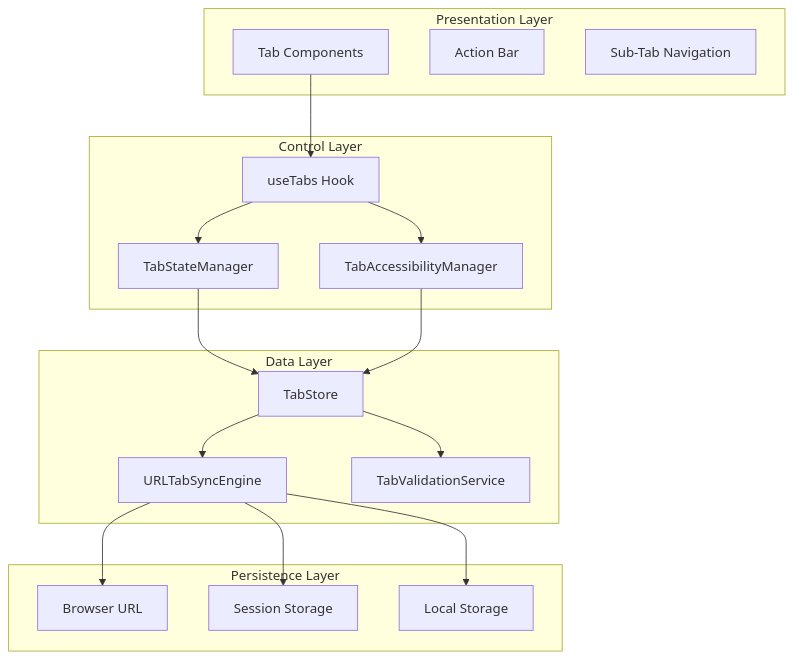
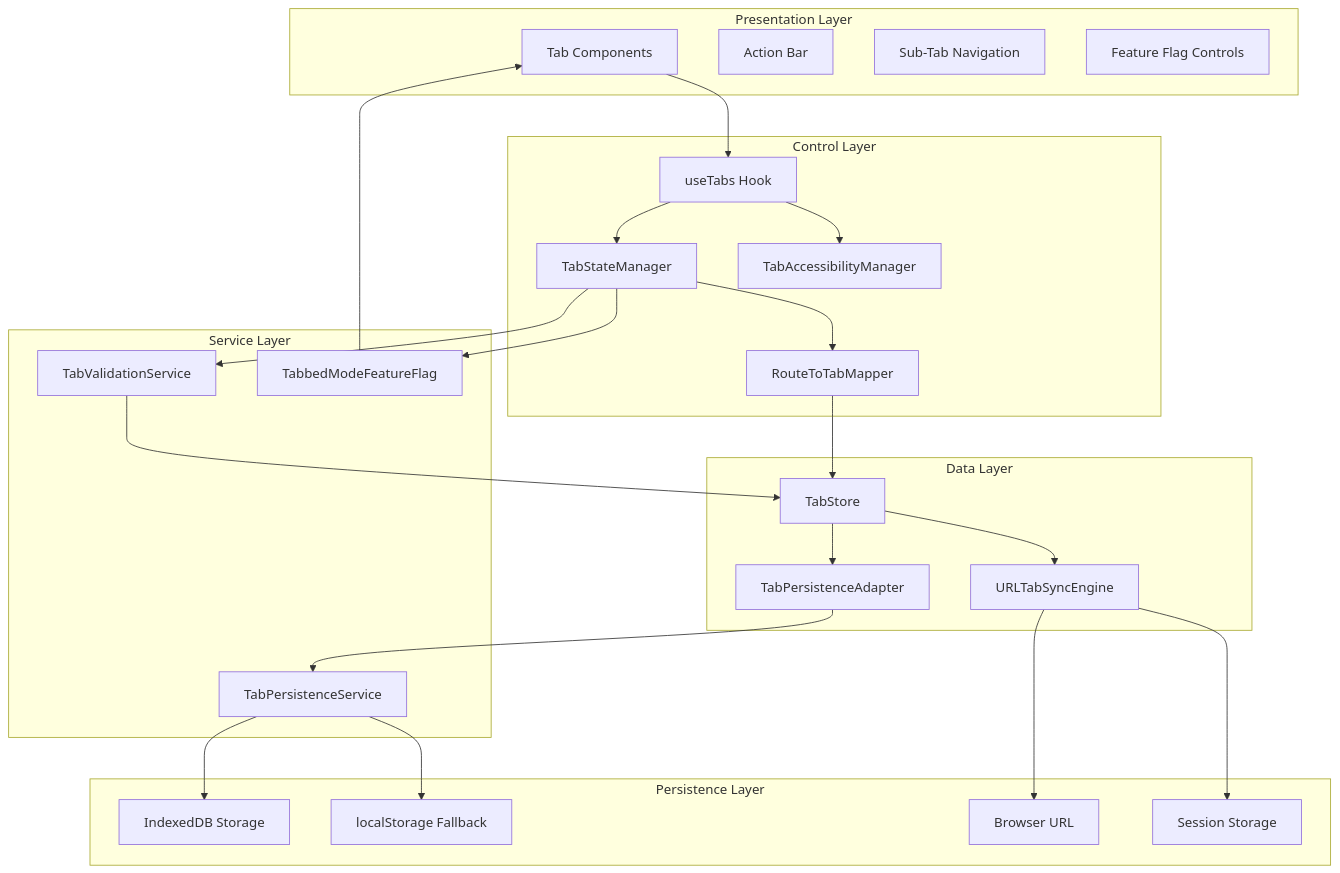
One commit to geniusdynamics/schoolpilot changed the first of 12 diagrams in .qoder/repowiki/en/content/UI Component Library/Tabs System Documentation.md. Above: the diagram before and after it, drawn with Mermaid. The commit also changed other lines of this file and 12 other files, not shown here.

````diff
--- a/.qoder/repowiki/en/content/UI Component Library/Tabs System Documentation.md
+++ b/.qoder/repowiki/en/content/UI Component Library/Tabs System Documentation.md
@@ -37,33 +59,47 @@
 ```mermaid
 graph TB
 subgraph "Presentation Layer"
 UI[Tab Components]
 ActionBar[Action Bar]
 SubTabNav[Sub-Tab Navigation]
+FeatureFlag[Feature Flag Controls]
 end
 subgraph "Control Layer"
 Hook[useTabs Hook]
 Manager[TabStateManager]
 AccessManager[TabAccessibilityManager]
+RouteMapper[RouteToTabMapper]
+end
+subgraph "Service Layer"
+Validation[TabValidationService]
+Persistence[TabPersistenceService]
+FeatureFlagSvc[TabbedModeFeatureFlag]
 end
 subgraph "Data Layer"
 Store[TabStore]
 SyncEngine[URLTabSyncEngine]
-Validation[TabValidationService]
+Adapter[TabPersistenceAdapter]
 end
 subgraph "Persistence Layer"
+IndexedDB[IndexedDB Storage]
+LocalStorage[localStorage Fallback]
 URL[Browser URL]
 Session[Session Storage]
-Local[Local Storage]
 end
 UI --> Hook
 Hook --> Manager
 Hook --> AccessManager
-Manager --> Store
-AccessManager --> Store
+Manager --> Validation
+Manager --> RouteMapper
+Manager --> FeatureFlagSvc
+Validation --> Store
+RouteMapper --> Store
+FeatureFlagSvc --> UI
 Store --> SyncEngine
 SyncEngine --> URL
 SyncEngine --> Session
-SyncEngine --> Local
-Store --> Validation
+Store --> Adapter
+Adapter --> Persistence
+Persistence --> IndexedDB
+Persistence --> LocalStorage
 ```
````
